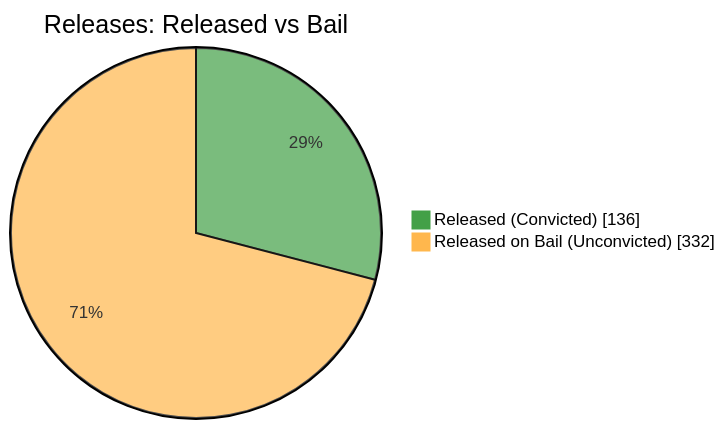
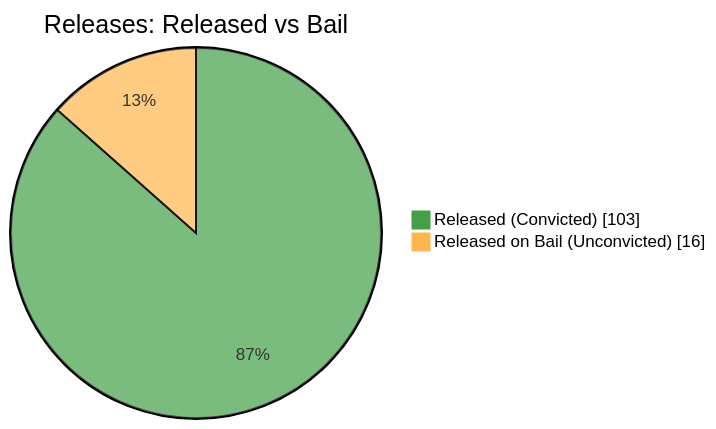
One commit to nuuuwan/lk_prisons changed the fifth of 7 diagrams in README.md. Above: the diagram before and after it, drawn with Mermaid. The commit also changed other lines of this file and 1 other file, not shown here.

````diff
--- a/README.md
+++ b/README.md
@@ -87,6 +87,6 @@
 ```mermaid
 %%{init: {'themeVariables': {'pie1': '#43A047', 'pie2': '#FFB74D'}}}%%
 pie showData title Releases: Released vs Bail
-    "Released (Convicted)" : 136
-    "Released on Bail (Unconvicted)" : 332
+    "Released (Convicted)" : 103
+    "Released on Bail (Unconvicted)" : 16
 ```
````
